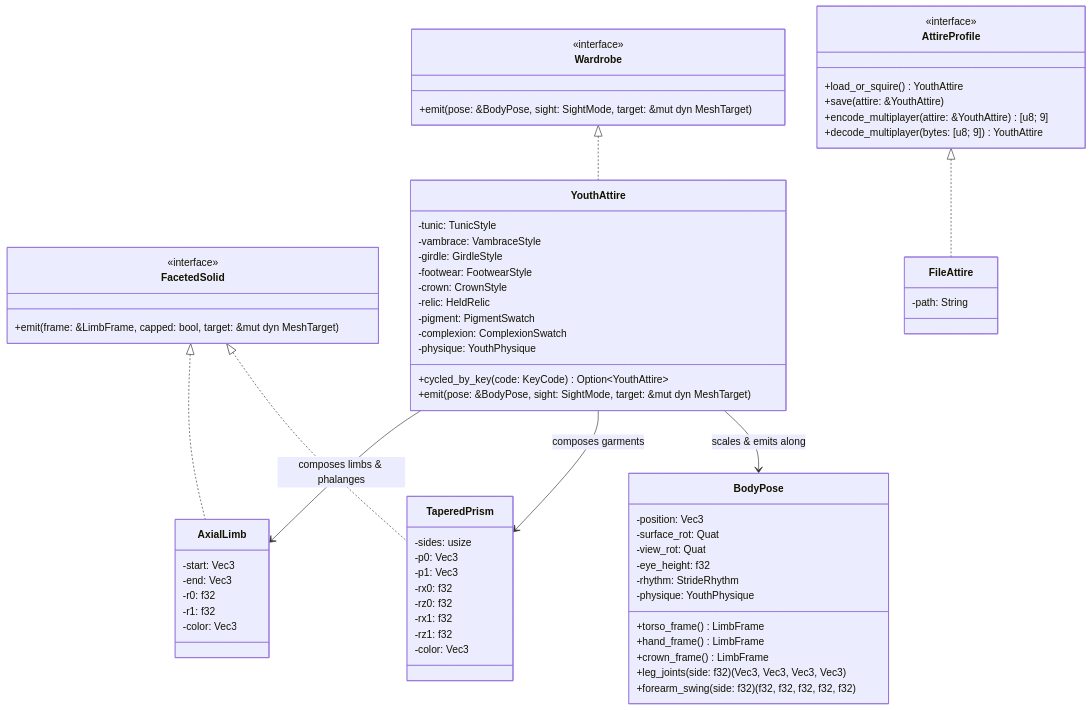
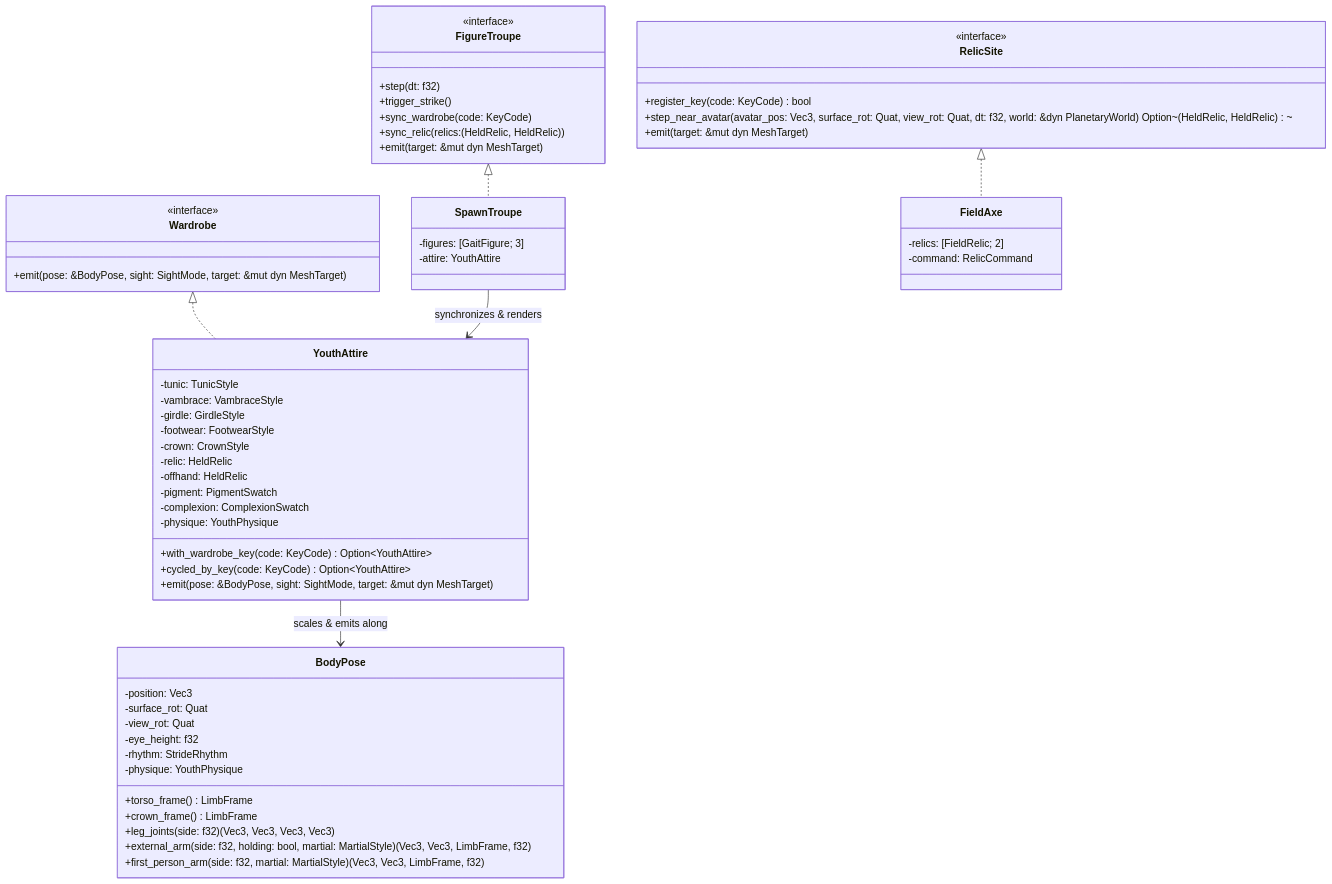
The diagram in docs/CHARACTER.md (schillermann/low-cube), drawn with Mermaid before and after one commit. The commit also changed other lines of this file and 25 other files, not shown here.

````diff
--- a/docs/CHARACTER.md
+++ b/docs/CHARACTER.md
@@ -96,79 +106,69 @@
 ```mermaid
 classDiagram
     class Wardrobe {
         <<interface>>
         +emit(pose: &BodyPose, sight: SightMode, target: &mut dyn MeshTarget)
     }
 
-    class AttireProfile {
+    class FigureTroupe {
         <<interface>>
-        +load_or_squire() YouthAttire
-        +save(attire: &YouthAttire)
-        +encode_multiplayer(attire: &YouthAttire) [u8; 9]
-        +decode_multiplayer(bytes: [u8; 9]) YouthAttire
+        +step(dt: f32)
+        +trigger_strike()
+        +sync_wardrobe(code: KeyCode)
+        +sync_relic(relics: (HeldRelic, HeldRelic))
+        +emit(target: &mut dyn MeshTarget)
     }
 
-    class FacetedSolid {
+    class RelicSite {
         <<interface>>
-        +emit(frame: &LimbFrame, capped: bool, target: &mut dyn MeshTarget)
+        +register_key(code: KeyCode) bool
+        +step_near_avatar(avatar_pos: Vec3, surface_rot: Quat, view_rot: Quat, dt: f32, world: &dyn PlanetaryWorld) Option~(HeldRelic, HeldRelic)~
+        +emit(target: &mut dyn MeshTarget)
     }
 
     class YouthAttire {
         -tunic: TunicStyle
         -vambrace: VambraceStyle
         -girdle: GirdleStyle
         -footwear: FootwearStyle
         -crown: CrownStyle
         -relic: HeldRelic
+        -offhand: HeldRelic
         -pigment: PigmentSwatch
         -complexion: ComplexionSwatch
         -physique: YouthPhysique
+        +with_wardrobe_key(code: KeyCode) Option~YouthAttire~
         +cycled_by_key(code: KeyCode) Option~YouthAttire~
         +emit(pose: &BodyPose, sight: SightMode, target: &mut dyn MeshTarget)
     }
 
     class BodyPose {
         -position: Vec3
         -surface_rot: Quat
         -view_rot: Quat
         -eye_height: f32
         -rhythm: StrideRhythm
         -physique: YouthPhysique
         +torso_frame() LimbFrame
-        +hand_frame() LimbFrame
         +crown_frame() LimbFrame
         +leg_joints(side: f32) (Vec3, Vec3, Vec3, Vec3)
-        +forearm_swing(side: f32) (f32, f32, f32, f32, f32)
+        +external_arm(side: f32, holding: bool, martial: MartialStyle) (Vec3, Vec3, LimbFrame, f32)
+        +first_person_arm(side: f32, martial: MartialStyle) (Vec3, Vec3, LimbFrame, f32)
     }
 
-    class FileAttire {
-        -path: String
+    class SpawnTroupe {
+        -figures: [GaitFigure; 3]
+        -attire: YouthAttire
     }
 
-    class TaperedPrism {
-        -sides: usize
-        -p0: Vec3
-        -p1: Vec3
-        -rx0: f32
-        -rz0: f32
-        -rx1: f32
-        -rz1: f32
-        -color: Vec3
-    }
-
-    class AxialLimb {
-        -start: Vec3
-        -end: Vec3
-        -r0: f32
-        -r1: f32
-        -color: Vec3
+    class FieldAxe {
+        -relics: [FieldRelic; 2]
+        -command: RelicCommand
     }
 
     Wardrobe <|.. YouthAttire
-    AttireProfile <|.. FileAttire
-    FacetedSolid <|.. TaperedPrism
-    FacetedSolid <|.. AxialLimb
+    FigureTroupe <|.. SpawnTroupe
+    RelicSite <|.. FieldAxe
     YouthAttire --> BodyPose : scales & emits along
-    YouthAttire --> TaperedPrism : composes garments
-    YouthAttire --> AxialLimb : composes limbs & phalanges
+    SpawnTroupe --> YouthAttire : synchronizes & renders
 ```
````
